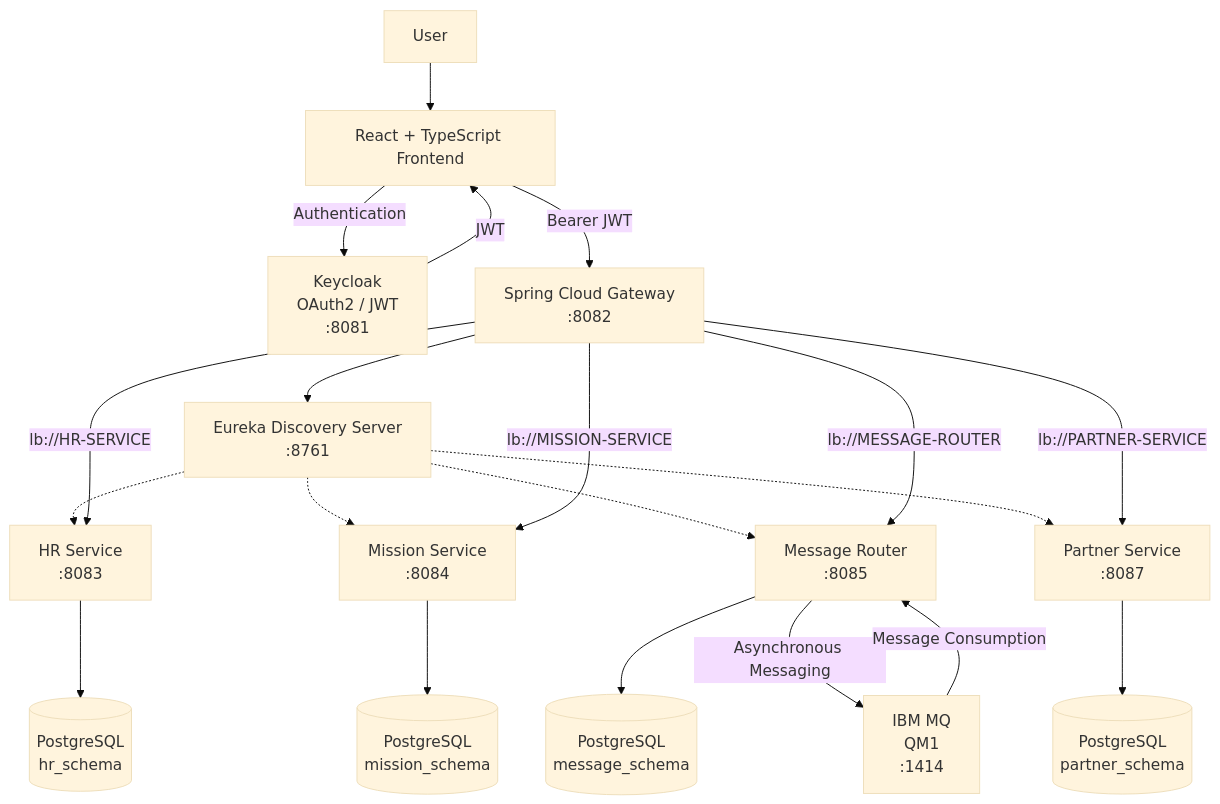
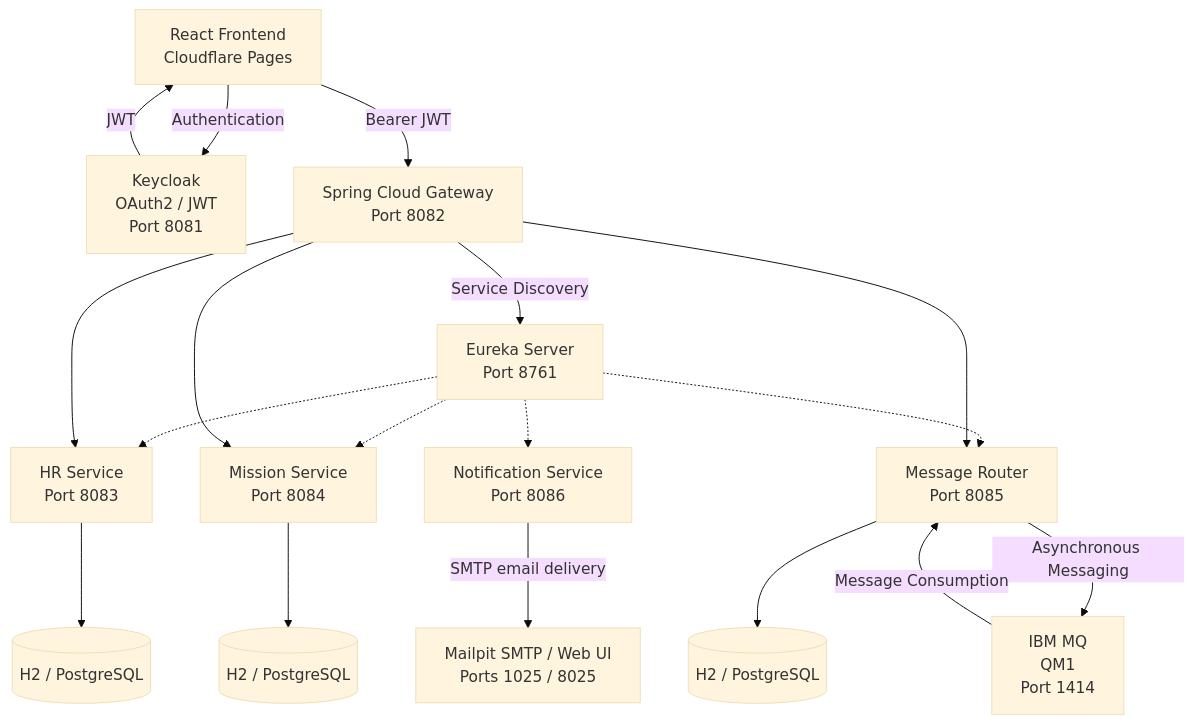
Before and after one commit to youssefJmaiel/bankapp-microservice: the diagram in README.md, drawn with Mermaid (base theme). The commit also changed other lines of this file, not shown here.

````diff
--- a/README.md
+++ b/README.md
@@ -77,51 +115,50 @@
 ```mermaid
 flowchart TB
 
-    USER["User"]
+    CLIENT["React Frontend<br/>Cloudflare Pages"]
 
-    FRONT["React + TypeScript Frontend"]
+    KC["Keycloak<br/>OAuth2 / JWT<br/>Port 8081"]
 
-    KC["Keycloak<br/>OAuth2 / JWT<br/>:8081"]
+    GW["Spring Cloud Gateway<br/>Port 8082"]
 
-    GW["Spring Cloud Gateway<br/>:8082"]
+    EUREKA["Eureka Server<br/>Port 8761"]
 
-    EUREKA["Eureka Discovery Server<br/>:8761"]
+    HR["HR Service<br/>Port 8083"]
 
-    HR["HR Service<br/>:8083"]
-    MISSION["Mission Service<br/>:8084"]
-    MSG["Message Router<br/>:8085"]
-    PARTNER["Partner Service<br/>:8087"]
+    MISSION["Mission Service<br/>Port 8084"]
 
-    HRDB[("PostgreSQL<br/>hr_schema")]
-    MISSIONDB[("PostgreSQL<br/>mission_schema")]
-    MSGDB[("PostgreSQL<br/>message_schema")]
-    PARTNERDB[("PostgreSQL<br/>partner_schema")]
+    MSG["Message Router<br/>Port 8085"]
 
-    MQ["IBM MQ<br/>QM1<br/>:1414"]
+    NOTIF["Notification Service<br/>Port 8086"]
+    MAILPIT["Mailpit SMTP / Web UI<br/>Ports 1025 / 8025"]
 
-    USER --> FRONT
-    FRONT -->|"Authentication"| KC
-    KC -->|"JWT"| FRONT
+    HRDB[("H2 / PostgreSQL")]
+    MISSIONDB[("H2 / PostgreSQL")]
+    MSGDB[("H2 / PostgreSQL")]
 
-    FRONT -->|"Bearer JWT"| GW
+    MQ["IBM MQ<br/>QM1<br/>Port 1414"]
 
-    GW --> EUREKA
+    CLIENT -->|"Authentication"| KC
+    KC -->|"JWT"| CLIENT
+
+    CLIENT -->|"Bearer JWT"| GW
+
+    GW -->|"Service Discovery"| EUREKA
 
     EUREKA -.-> HR
     EUREKA -.-> MISSION
     EUREKA -.-> MSG
-    EUREKA -.-> PARTNER
+    EUREKA -.-> NOTIF
 
-    GW -->|"lb://HR-SERVICE"| HR
-    GW -->|"lb://MISSION-SERVICE"| MISSION
-    GW -->|"lb://MESSAGE-ROUTER"| MSG
-    GW -->|"lb://PARTNER-SERVICE"| PARTNER
+    GW --> HR
+    GW --> MISSION
+    GW --> MSG
 
     HR --> HRDB
     MISSION --> MISSIONDB
     MSG --> MSGDB
-    PARTNER --> PARTNERDB
+    NOTIF -->|"SMTP email delivery"| MAILPIT
 
     MSG -->|"Asynchronous Messaging"| MQ
     MQ -->|"Message Consumption"| MSG
 ```
````
